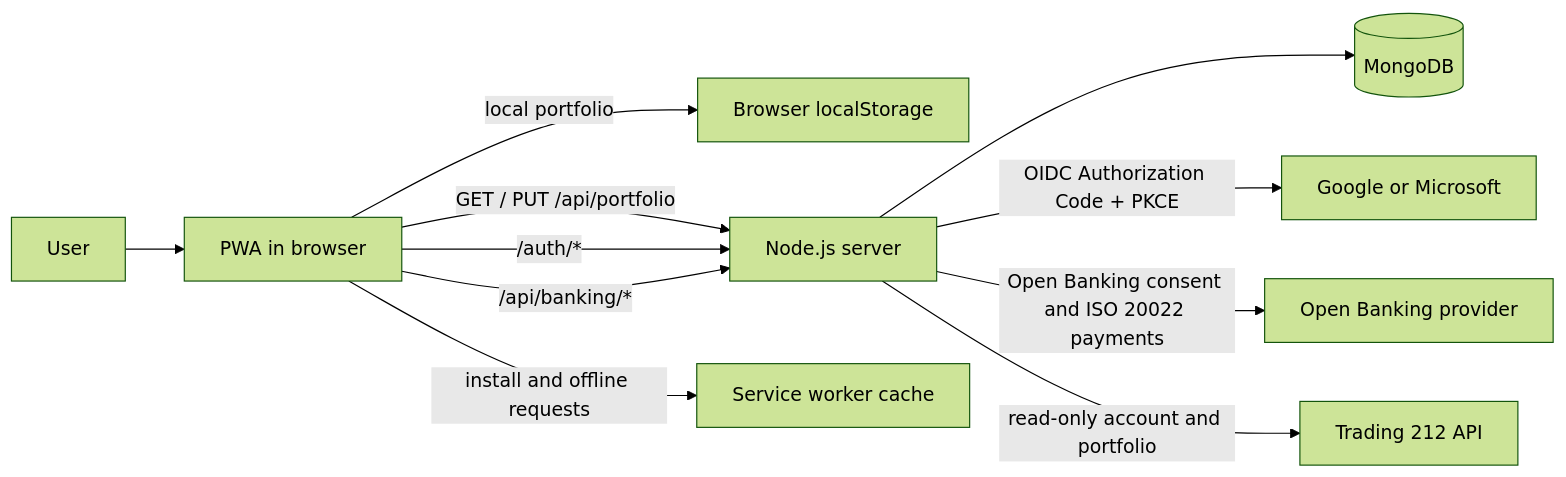
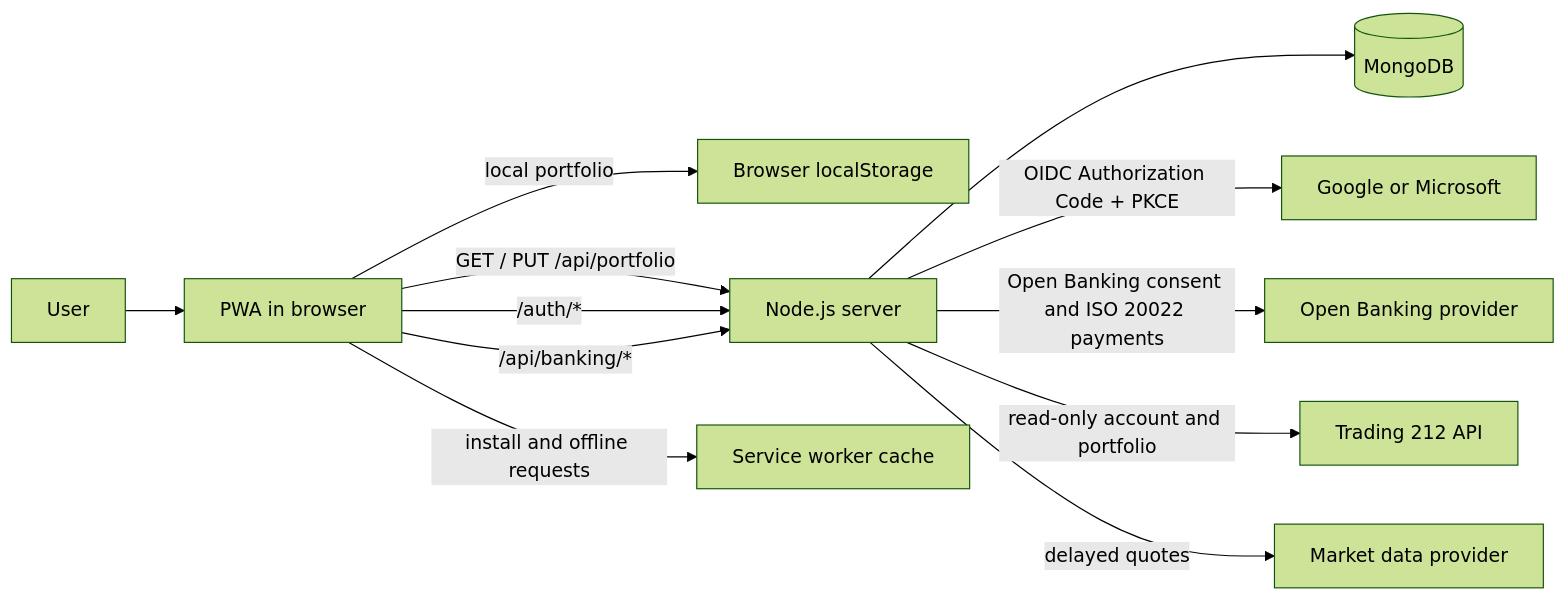
The first of 3 diagrams in docs/architecture.md (charles2ke/OpenTrading), drawn with Mermaid (forest theme) before and after one commit. The commit also changed other lines of this file and 16 other files, not shown here.

Commit message:
Add e2e live-quote coverage, refresh screenshots, and document market data

````diff
--- a/docs/architecture.md
+++ b/docs/architecture.md
@@ -7,13 +7,14 @@
 ```mermaid
 flowchart LR
   User[User] --> Browser[PWA in browser]
   Browser -->|local portfolio| LocalStorage[Browser localStorage]
   Browser -->|GET / PUT /api/portfolio| Server[Node.js server]
   Browser -->|/auth/*| Server
   Browser -->|install and offline requests| SW[Service worker cache]
   Browser -->|/api/banking/*| Server
   Server --> MongoDB[(MongoDB)]
   Server -->|OIDC Authorization Code + PKCE| IdP[Google or Microsoft]
   Server -->|Open Banking consent and ISO 20022 payments| Bank[Open Banking provider]
   Server -->|read-only account and portfolio| Broker[Trading 212 API]
+  Server -->|delayed quotes| MarketData[Market data provider]
 ```
````
